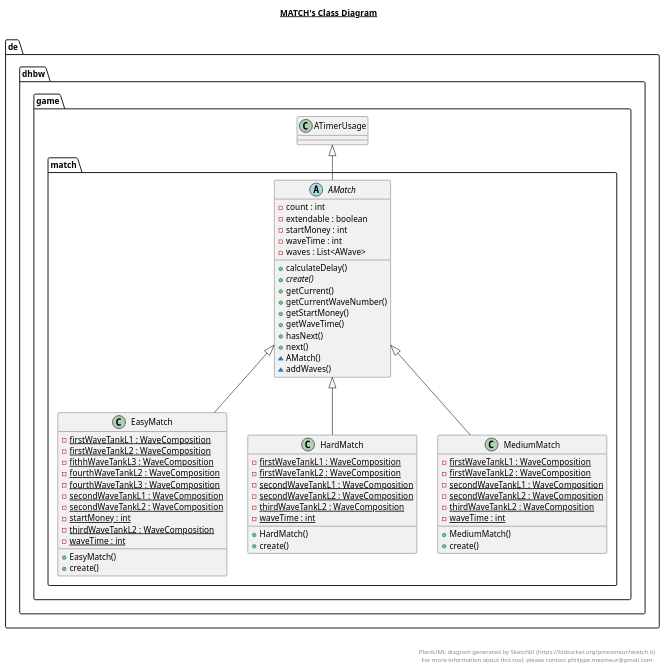
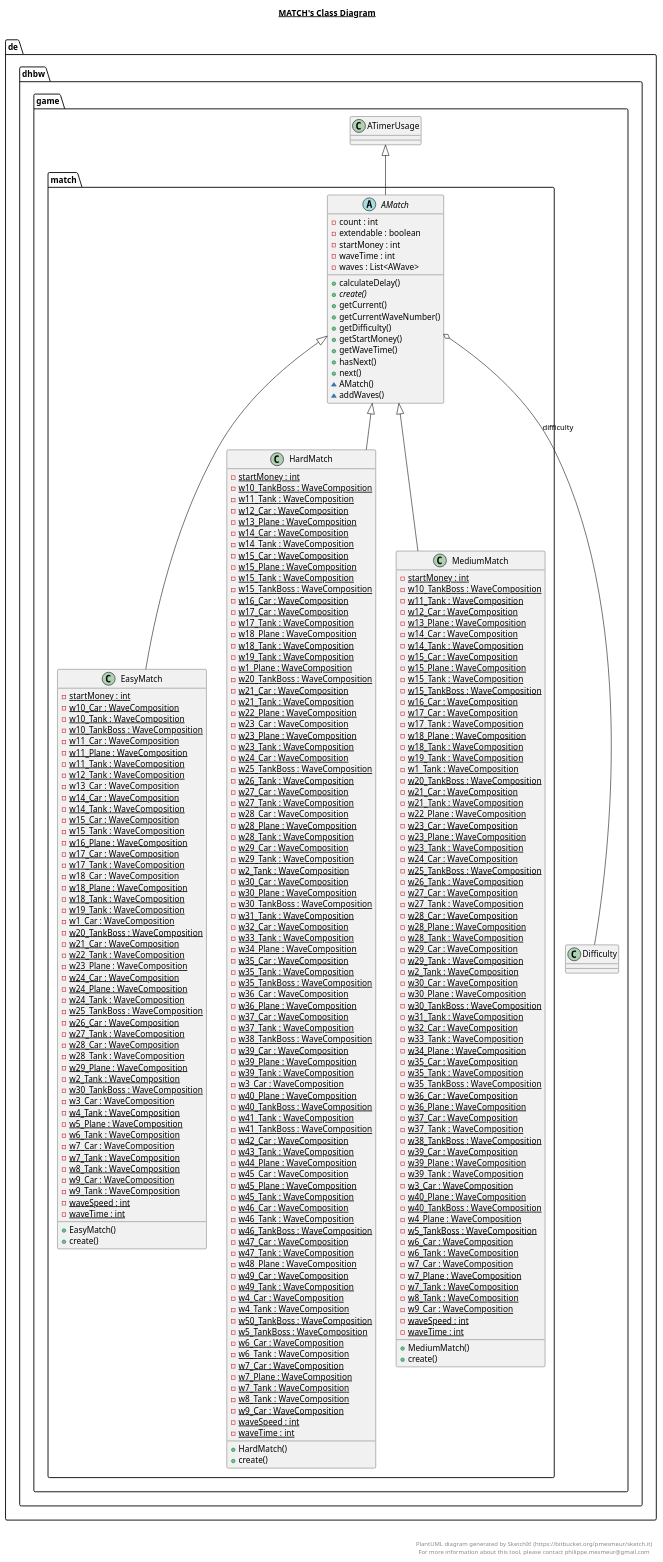
One commit to niwa99/Tower-Defense changed the diagram in app/src/main/java/de/dhbw/game/match/match.plantuml. Above: the diagram before and after it, drawn with PlantUML. The commit also changed 12 other files, not shown here.

Commit message:
Update Class Diagram

```diff
--- a/app/src/main/java/de/dhbw/game/match/match.plantuml
+++ b/app/src/main/java/de/dhbw/game/match/match.plantuml
@@ -15,6 +15,7 @@
             {abstract} + create()
             + getCurrent()
             + getCurrentWaveNumber()
+            + getDifficulty()
             + getStartMoney()
             + getWaveTime()
             + hasNext()
@@ -31,15 +32,52 @@
     namespace game {
       namespace match {
         class de.dhbw.game.match.EasyMatch {
-            {static} - firstWaveTankL1 : WaveComposition
-            {static} - firstWaveTankL2 : WaveComposition
-            {static} - fithhWaveTankL3 : WaveComposition
-            {static} - fourthWaveTankL2 : WaveComposition
-            {static} - fourthWaveTankL3 : WaveComposition
-            {static} - secondWaveTankL1 : WaveComposition
-            {static} - secondWaveTankL2 : WaveComposition
             {static} - startMoney : int
-            {static} - thirdWaveTankL2 : WaveComposition
+            {static} - w10_Car : WaveComposition
+            {static} - w10_Tank : WaveComposition
+            {static} - w10_TankBoss : WaveComposition
+            {static} - w11_Car : WaveComposition
+            {static} - w11_Plane : WaveComposition
+            {static} - w11_Tank : WaveComposition
+            {static} - w12_Tank : WaveComposition
+            {static} - w13_Car : WaveComposition
+            {static} - w14_Car : WaveComposition
+            {static} - w14_Tank : WaveComposition
+            {static} - w15_Car : WaveComposition
+            {static} - w15_Tank : WaveComposition
+            {static} - w16_Plane : WaveComposition
+            {static} - w17_Car : WaveComposition
+            {static} - w17_Tank : WaveComposition
+            {static} - w18_Car : WaveComposition
+            {static} - w18_Plane : WaveComposition
+            {static} - w18_Tank : WaveComposition
+            {static} - w19_Tank : WaveComposition
+            {static} - w1_Car : WaveComposition
+            {static} - w20_TankBoss : WaveComposition
+            {static} - w21_Car : WaveComposition
+            {static} - w22_Tank : WaveComposition
+            {static} - w23_Plane : WaveComposition
+            {static} - w24_Car : WaveComposition
+            {static} - w24_Plane : WaveComposition
+            {static} - w24_Tank : WaveComposition
+            {static} - w25_TankBoss : WaveComposition
+            {static} - w26_Car : WaveComposition
+            {static} - w27_Tank : WaveComposition
+            {static} - w28_Car : WaveComposition
+            {static} - w28_Tank : WaveComposition
+            {static} - w29_Plane : WaveComposition
+            {static} - w2_Tank : WaveComposition
+            {static} - w30_TankBoss : WaveComposition
+            {static} - w3_Car : WaveComposition
+            {static} - w4_Tank : WaveComposition
+            {static} - w5_Plane : WaveComposition
+            {static} - w6_Tank : WaveComposition
+            {static} - w7_Car : WaveComposition
+            {static} - w7_Tank : WaveComposition
+            {static} - w8_Tank : WaveComposition
+            {static} - w9_Car : WaveComposition
+            {static} - w9_Tank : WaveComposition
+            {static} - waveSpeed : int
             {static} - waveTime : int
             + EasyMatch()
             + create()
@@ -53,11 +91,91 @@
     namespace game {
       namespace match {
         class de.dhbw.game.match.HardMatch {
-            {static} - firstWaveTankL1 : WaveComposition
-            {static} - firstWaveTankL2 : WaveComposition
-            {static} - secondWaveTankL1 : WaveComposition
-            {static} - secondWaveTankL2 : WaveComposition
-            {static} - thirdWaveTankL2 : WaveComposition
+            {static} - startMoney : int
+            {static} - w10_TankBoss : WaveComposition
+            {static} - w11_Tank : WaveComposition
+            {static} - w12_Car : WaveComposition
+            {static} - w13_Plane : WaveComposition
+            {static} - w14_Car : WaveComposition
+            {static} - w14_Tank : WaveComposition
+            {static} - w15_Car : WaveComposition
+            {static} - w15_Plane : WaveComposition
+            {static} - w15_Tank : WaveComposition
+            {static} - w15_TankBoss : WaveComposition
+            {static} - w16_Car : WaveComposition
+            {static} - w17_Car : WaveComposition
+            {static} - w17_Tank : WaveComposition
+            {static} - w18_Plane : WaveComposition
+            {static} - w18_Tank : WaveComposition
+            {static} - w19_Tank : WaveComposition
+            {static} - w1_Plane : WaveComposition
+            {static} - w20_TankBoss : WaveComposition
+            {static} - w21_Car : WaveComposition
+            {static} - w21_Tank : WaveComposition
+            {static} - w22_Plane : WaveComposition
+            {static} - w23_Car : WaveComposition
+            {static} - w23_Plane : WaveComposition
+            {static} - w23_Tank : WaveComposition
+            {static} - w24_Car : WaveComposition
+            {static} - w25_TankBoss : WaveComposition
+            {static} - w26_Tank : WaveComposition
+            {static} - w27_Car : WaveComposition
+            {static} - w27_Tank : WaveComposition
+            {static} - w28_Car : WaveComposition
+            {static} - w28_Plane : WaveComposition
+            {static} - w28_Tank : WaveComposition
+            {static} - w29_Car : WaveComposition
+            {static} - w29_Tank : WaveComposition
+            {static} - w2_Tank : WaveComposition
+            {static} - w30_Car : WaveComposition
+            {static} - w30_Plane : WaveComposition
+            {static} - w30_TankBoss : WaveComposition
+            {static} - w31_Tank : WaveComposition
+            {static} - w32_Car : WaveComposition
+            {static} - w33_Tank : WaveComposition
+            {static} - w34_Plane : WaveComposition
+            {static} - w35_Car : WaveComposition
+            {static} - w35_Tank : WaveComposition
+            {static} - w35_TankBoss : WaveComposition
+            {static} - w36_Car : WaveComposition
+            {static} - w36_Plane : WaveComposition
+            {static} - w37_Car : WaveComposition
+            {static} - w37_Tank : WaveComposition
+            {static} - w38_TankBoss : WaveComposition
+            {static} - w39_Car : WaveComposition
+            {static} - w39_Plane : WaveComposition
+            {static} - w39_Tank : WaveComposition
+            {static} - w3_Car : WaveComposition
+            {static} - w40_Plane : WaveComposition
+            {static} - w40_TankBoss : WaveComposition
+            {static} - w41_Tank : WaveComposition
+            {static} - w41_TankBoss : WaveComposition
+            {static} - w42_Car : WaveComposition
+            {static} - w43_Tank : WaveComposition
+            {static} - w44_Plane : WaveComposition
+            {static} - w45_Car : WaveComposition
+            {static} - w45_Plane : WaveComposition
+            {static} - w45_Tank : WaveComposition
+            {static} - w46_Car : WaveComposition
+            {static} - w46_Tank : WaveComposition
+            {static} - w46_TankBoss : WaveComposition
+            {static} - w47_Car : WaveComposition
+            {static} - w47_Tank : WaveComposition
+            {static} - w48_Plane : WaveComposition
+            {static} - w49_Car : WaveComposition
+            {static} - w49_Tank : WaveComposition
+            {static} - w4_Car : WaveComposition
+            {static} - w4_Tank : WaveComposition
+            {static} - w50_TankBoss : WaveComposition
+            {static} - w5_TankBoss : WaveComposition
+            {static} - w6_Car : WaveComposition
+            {static} - w6_Tank : WaveComposition
+            {static} - w7_Car : WaveComposition
+            {static} - w7_Plane : WaveComposition
+            {static} - w7_Tank : WaveComposition
+            {static} - w8_Tank : WaveComposition
+            {static} - w9_Car : WaveComposition
+            {static} - waveSpeed : int
             {static} - waveTime : int
             + HardMatch()
             + create()
@@ -71,11 +189,73 @@
     namespace game {
       namespace match {
         class de.dhbw.game.match.MediumMatch {
-            {static} - firstWaveTankL1 : WaveComposition
-            {static} - firstWaveTankL2 : WaveComposition
-            {static} - secondWaveTankL1 : WaveComposition
-            {static} - secondWaveTankL2 : WaveComposition
-            {static} - thirdWaveTankL2 : WaveComposition
+            {static} - startMoney : int
+            {static} - w10_TankBoss : WaveComposition
+            {static} - w11_Tank : WaveComposition
+            {static} - w12_Car : WaveComposition
+            {static} - w13_Plane : WaveComposition
+            {static} - w14_Car : WaveComposition
+            {static} - w14_Tank : WaveComposition
+            {static} - w15_Car : WaveComposition
+            {static} - w15_Plane : WaveComposition
+            {static} - w15_Tank : WaveComposition
+            {static} - w15_TankBoss : WaveComposition
+            {static} - w16_Car : WaveComposition
+            {static} - w17_Car : WaveComposition
+            {static} - w17_Tank : WaveComposition
+            {static} - w18_Plane : WaveComposition
+            {static} - w18_Tank : WaveComposition
+            {static} - w19_Tank : WaveComposition
+            {static} - w1_Tank : WaveComposition
+            {static} - w20_TankBoss : WaveComposition
+            {static} - w21_Car : WaveComposition
+            {static} - w21_Tank : WaveComposition
+            {static} - w22_Plane : WaveComposition
+            {static} - w23_Car : WaveComposition
+            {static} - w23_Plane : WaveComposition
+            {static} - w23_Tank : WaveComposition
+            {static} - w24_Car : WaveComposition
+            {static} - w25_TankBoss : WaveComposition
+            {static} - w26_Tank : WaveComposition
+            {static} - w27_Car : WaveComposition
+            {static} - w27_Tank : WaveComposition
+            {static} - w28_Car : WaveComposition
+            {static} - w28_Plane : WaveComposition
+            {static} - w28_Tank : WaveComposition
+            {static} - w29_Car : WaveComposition
+            {static} - w29_Tank : WaveComposition
+            {static} - w2_Tank : WaveComposition
+            {static} - w30_Car : WaveComposition
+            {static} - w30_Plane : WaveComposition
+            {static} - w30_TankBoss : WaveComposition
+            {static} - w31_Tank : WaveComposition
+            {static} - w32_Car : WaveComposition
+            {static} - w33_Tank : WaveComposition
+            {static} - w34_Plane : WaveComposition
+            {static} - w35_Car : WaveComposition
+            {static} - w35_Tank : WaveComposition
+            {static} - w35_TankBoss : WaveComposition
+            {static} - w36_Car : WaveComposition
+            {static} - w36_Plane : WaveComposition
+            {static} - w37_Car : WaveComposition
+            {static} - w37_Tank : WaveComposition
+            {static} - w38_TankBoss : WaveComposition
+            {static} - w39_Car : WaveComposition
+            {static} - w39_Plane : WaveComposition
+            {static} - w39_Tank : WaveComposition
+            {static} - w3_Car : WaveComposition
+            {static} - w40_Plane : WaveComposition
+            {static} - w40_TankBoss : WaveComposition
+            {static} - w4_Plane : WaveComposition
+            {static} - w5_TankBoss : WaveComposition
+            {static} - w6_Car : WaveComposition
+            {static} - w6_Tank : WaveComposition
+            {static} - w7_Car : WaveComposition
+            {static} - w7_Plane : WaveComposition
+            {static} - w7_Tank : WaveComposition
+            {static} - w8_Tank : WaveComposition
+            {static} - w9_Car : WaveComposition
+            {static} - waveSpeed : int
             {static} - waveTime : int
             + MediumMatch()
             + create()
@@ -86,6 +266,7 @@
   
 
   de.dhbw.game.match.AMatch -up-|> de.dhbw.game.ATimerUsage
+  de.dhbw.game.match.AMatch o-- de.dhbw.game.Difficulty : difficulty
   de.dhbw.game.match.EasyMatch -up-|> de.dhbw.game.match.AMatch
   de.dhbw.game.match.HardMatch -up-|> de.dhbw.game.match.AMatch
   de.dhbw.game.match.MediumMatch -up-|> de.dhbw.game.match.AMatch
```
